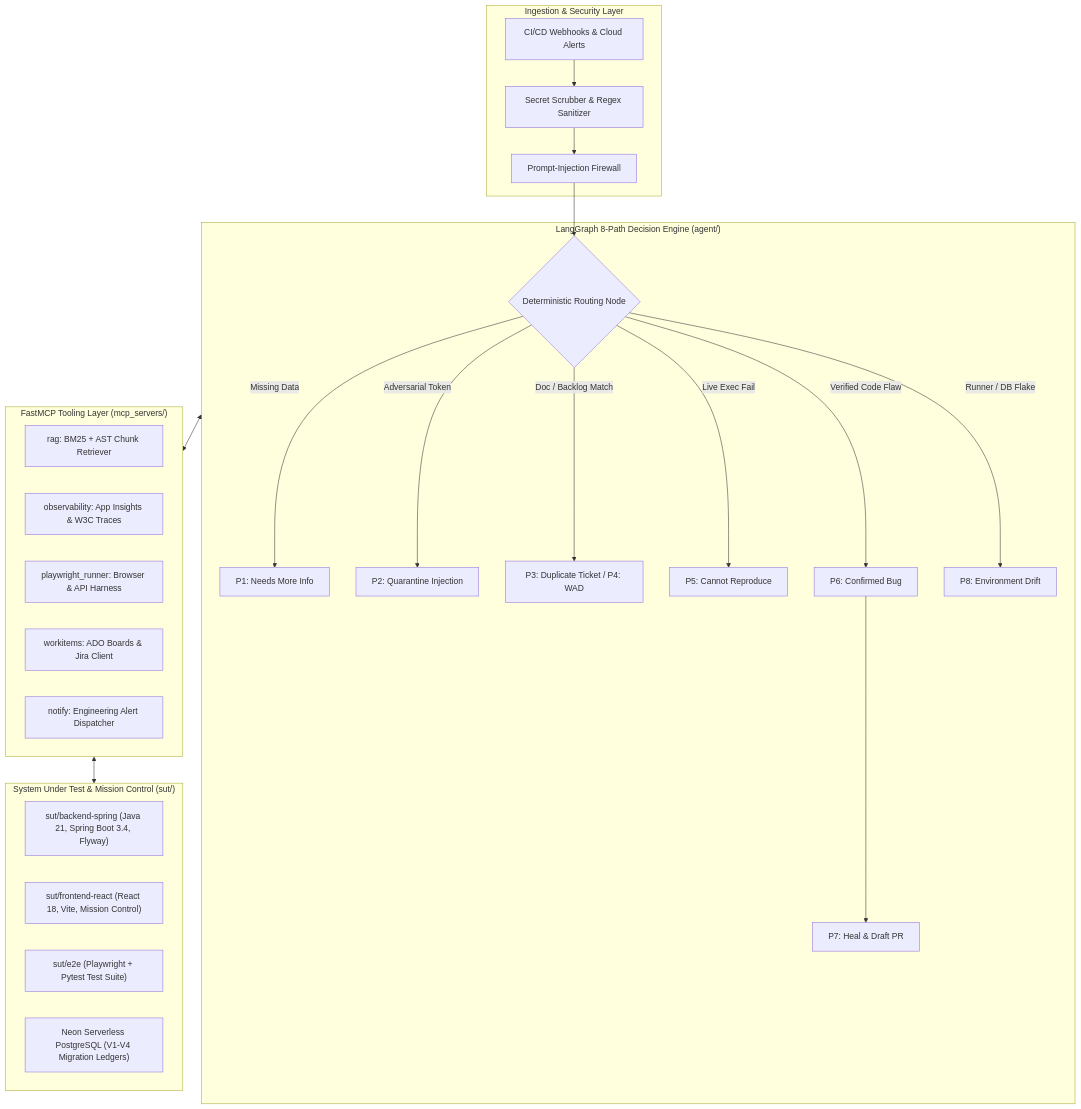
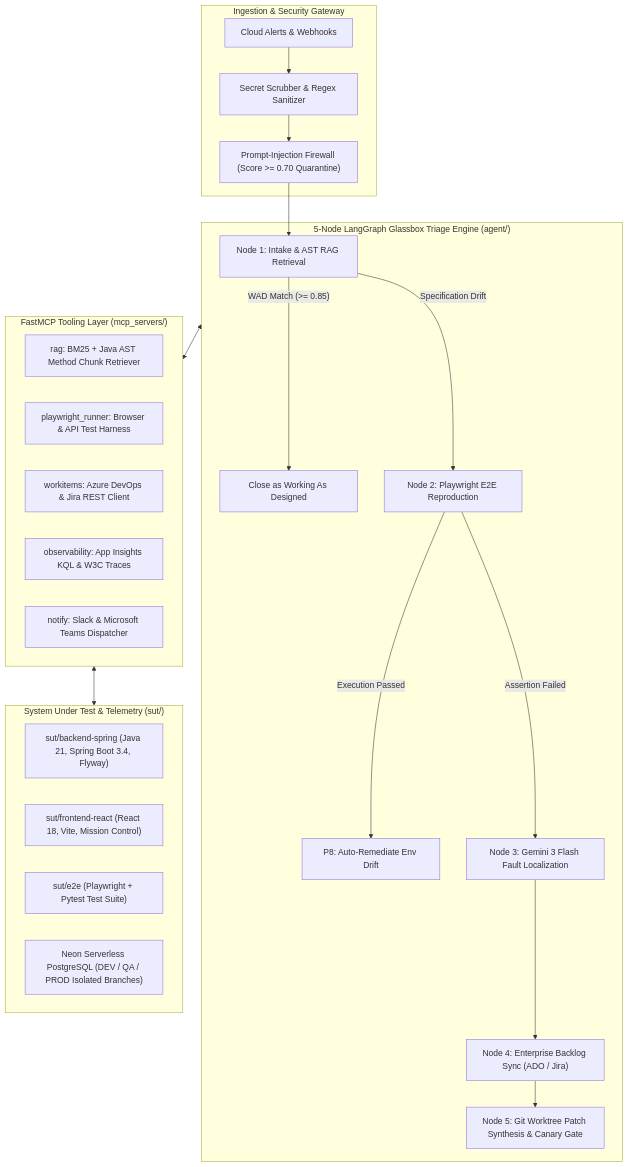
The diagram in README.md (SafSaba/autoTriage), drawn with Mermaid before and after one commit. The commit also changed other lines of this file and 16 other files, not shown here.

````diff
--- a/README.md
+++ b/README.md
@@ -23,36 +40,35 @@
 ```mermaid
 flowchart TD
-    subgraph Ingestion["Ingestion & Security Layer"]
-        A1["CI/CD Webhooks & Cloud Alerts"] --> A2["Secret Scrubber & Regex Sanitizer"]
-        A2 --> A3["Prompt-Injection Firewall"]
+    subgraph Ingestion["Ingestion & Security Gateway"]
+        I1["Cloud Alerts & Webhooks"] --> I2["Secret Scrubber & Regex Sanitizer"]
+        I2 --> I3["Prompt-Injection Firewall (Score >= 0.70 Quarantine)"]
     end
 
-    subgraph DecisionEngine["LangGraph 8-Path Decision Engine (agent/)"]
-        A3 --> B1{"Deterministic Routing Node"}
-        B1 -->|"Missing Data"| P1["P1: Needs More Info"]
-        B1 -->|"Adversarial Token"| P2["P2: Quarantine Injection"]
-        B1 -->|"Doc / Backlog Match"| P3["P3: Duplicate Ticket / P4: WAD"]
-        B1 -->|"Live Exec Fail"| P5["P5: Cannot Reproduce"]
-        B1 -->|"Verified Code Flaw"| P6["P6: Confirmed Bug"]
-        P6 --> P7["P7: Heal & Draft PR"]
-        B1 -->|"Runner / DB Flake"| P8["P8: Environment Drift"]
+    subgraph LangGraph["5-Node LangGraph Glassbox Triage Engine (agent/)"]
+        I3 --> N1["Node 1: Intake & AST RAG Retrieval"]
+        N1 -->|"WAD Match (>= 0.85)"| OUT_WAD["Close as Working As Designed"]
+        N1 -->|"Specification Drift"| N2["Node 2: Playwright E2E Reproduction"]
+        N2 -->|"Execution Passed"| OUT_ENV["P8: Auto-Remediate Env Drift"]
+        N2 -->|"Assertion Failed"| N3["Node 3: Gemini 3 Flash Fault Localization"]
+        N3 --> N4["Node 4: Enterprise Backlog Sync (ADO / Jira)"]
+        N4 --> N5["Node 5: Git Worktree Patch Synthesis & Canary Gate"]
     end
 
     subgraph FastMCP["FastMCP Tooling Layer (mcp_servers/)"]
-        M1["rag: BM25 + AST Chunk Retriever"]
-        M2["observability: App Insights & W3C Traces"]
-        M3["playwright_runner: Browser & API Harness"]
-        M4["workitems: ADO Boards & Jira Client"]
-        M5["notify: Engineering Alert Dispatcher"]
+        M1["rag: BM25 + Java AST Method Chunk Retriever"]
+        M2["playwright_runner: Browser & API Test Harness"]
+        M3["workitems: Azure DevOps & Jira REST Client"]
+        M4["observability: App Insights KQL & W3C Traces"]
+        M5["notify: Slack & Microsoft Teams Dispatcher"]
     end
 
-    subgraph SUT["System Under Test & Mission Control (sut/)"]
+    subgraph SUT["System Under Test & Telemetry (sut/)"]
         S1["sut/backend-spring (Java 21, Spring Boot 3.4, Flyway)"]
         S2["sut/frontend-react (React 18, Vite, Mission Control)"]
         S3["sut/e2e (Playwright + Pytest Test Suite)"]
-        S4["Neon Serverless PostgreSQL (V1-V4 Migration Ledgers)"]
+        S4["Neon Serverless PostgreSQL (DEV / QA / PROD Isolated Branches)"]
     end
 
-    DecisionEngine <--> FastMCP
+    LangGraph <--> FastMCP
     FastMCP <--> SUT
 ```
````
